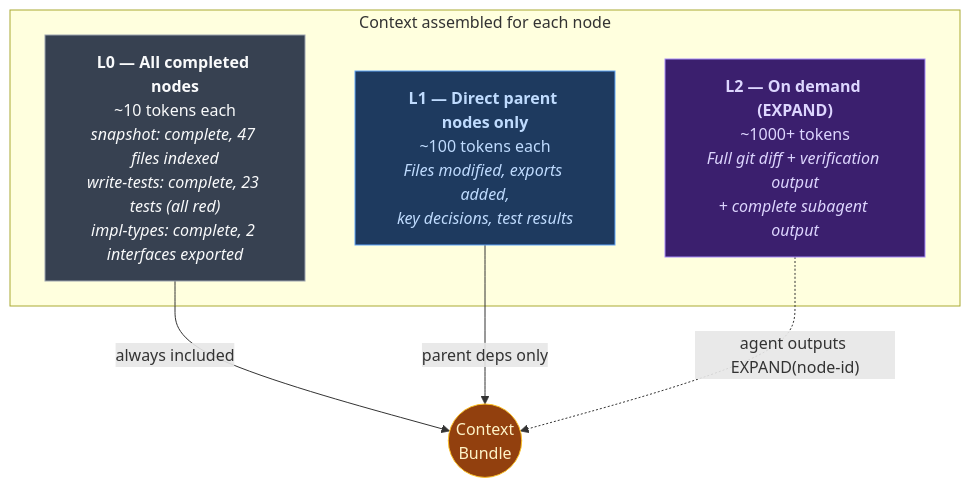
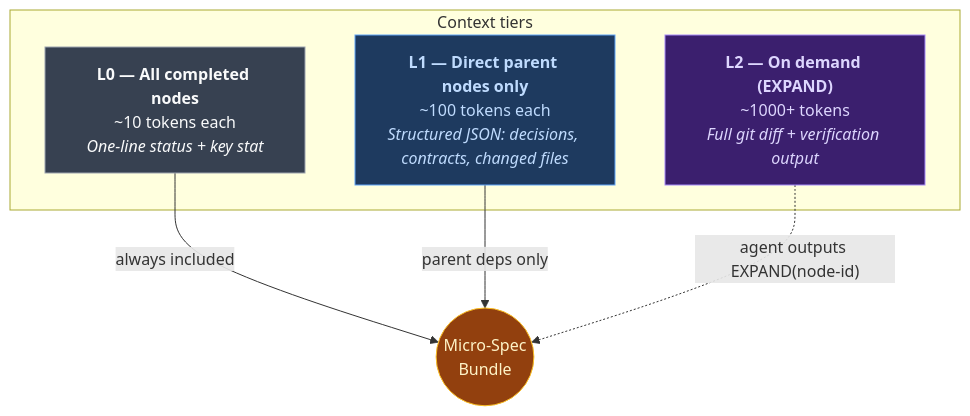
Before and after one commit to pupubird/specwork: the fourth of 4 diagrams in README.md, drawn with Mermaid. The commit also changed other lines of this file and 9 other files, not shown here.

````diff
--- a/README.md
+++ b/README.md
@@ -160,17 +227,17 @@
 ```mermaid
 graph TB
-    subgraph "Context assembled for each node"
-        L0["<b>L0 — All completed nodes</b><br/>~10 tokens each<br/><i>snapshot: complete, 47 files indexed</i><br/><i>write-tests: complete, 23 tests (all red)</i><br/><i>impl-types: complete, 2 interfaces exported</i>"]
-        L1["<b>L1 — Direct parent nodes only</b><br/>~100 tokens each<br/><i>Files modified, exports added,</i><br/><i>key decisions, test results</i>"]
-        L2["<b>L2 — On demand (EXPAND)</b><br/>~1000+ tokens<br/><i>Full git diff + verification output</i><br/><i>+ complete subagent output</i>"]
+    subgraph "Context tiers"
+        L0["<b>L0 — All completed nodes</b><br/>~10 tokens each<br/><i>One-line status + key stat</i>"]
+        L1["<b>L1 — Direct parent nodes only</b><br/>~100 tokens each<br/><i>Structured JSON: decisions, contracts, changed files</i>"]
+        L2["<b>L2 — On demand (EXPAND)</b><br/>~1000+ tokens<br/><i>Full git diff + verification output</i>"]
     end
 
-    L0 -->|always included| Bundle((Context<br/>Bundle))
+    L0 -->|always included| Bundle((Micro-Spec<br/>Bundle))
     L1 -->|parent deps only| Bundle
     L2 -.->|"agent outputs EXPAND(node-id)"| Bundle
 
     style L0 fill:#374151,stroke:#9CA3AF,color:#F9FAFB
     style L1 fill:#1E3A5F,stroke:#60A5FA,color:#BFDBFE
     style L2 fill:#3B1F6E,stroke:#A78BFA,color:#DDD6FE
     style Bundle fill:#92400E,stroke:#FBBF24,color:#FEF3C7
 ```
````
